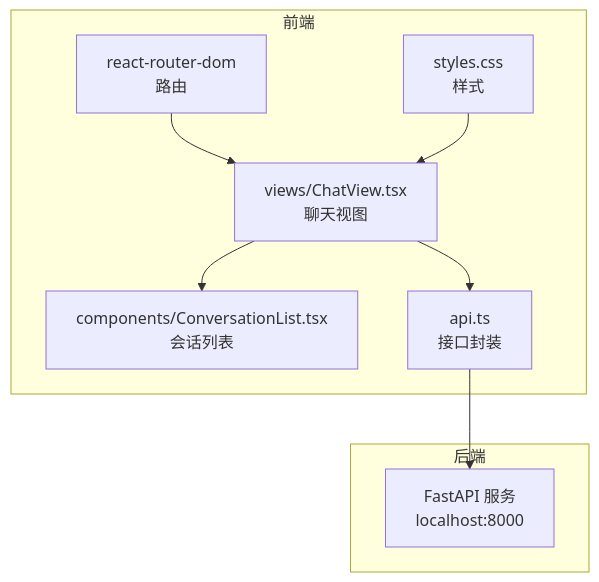
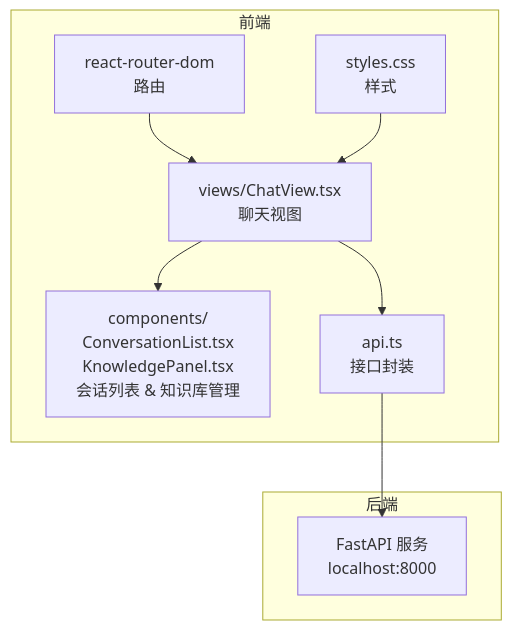
The second of 8 diagrams in .qoder/repowiki/zh/content/架构设计/前端 React 应用.md (xyx1028/agentHelp), drawn with Mermaid before and after one commit. The commit also changed other lines of this file and 115 other files, not shown here.

````diff
--- a/.qoder/repowiki/zh/content/架构设计/前端 React 应用.md
+++ b/.qoder/repowiki/zh/content/架构设计/前端 React 应用.md
@@ -92,18 +99,18 @@
 ```mermaid
 graph TB
 subgraph "前端"
 Router["react-router-dom<br/>路由"]
 Views["views/ChatView.tsx<br/>聊天视图"]
-Components["components/ConversationList.tsx<br/>会话列表"]
+Components["components/<br/>ConversationList.tsx<br/>KnowledgePanel.tsx<br/>会话列表 & 知识库管理"]
 APILayer["api.ts<br/>接口封装"]
 Styles["styles.css<br/>样式"]
 end
 subgraph "后端"
 FastAPI["FastAPI 服务<br/>localhost:8000"]
 end
 Router --> Views
 Views --> Components
 Views --> APILayer
 APILayer --> FastAPI
 Styles --> Views
 ```
````
